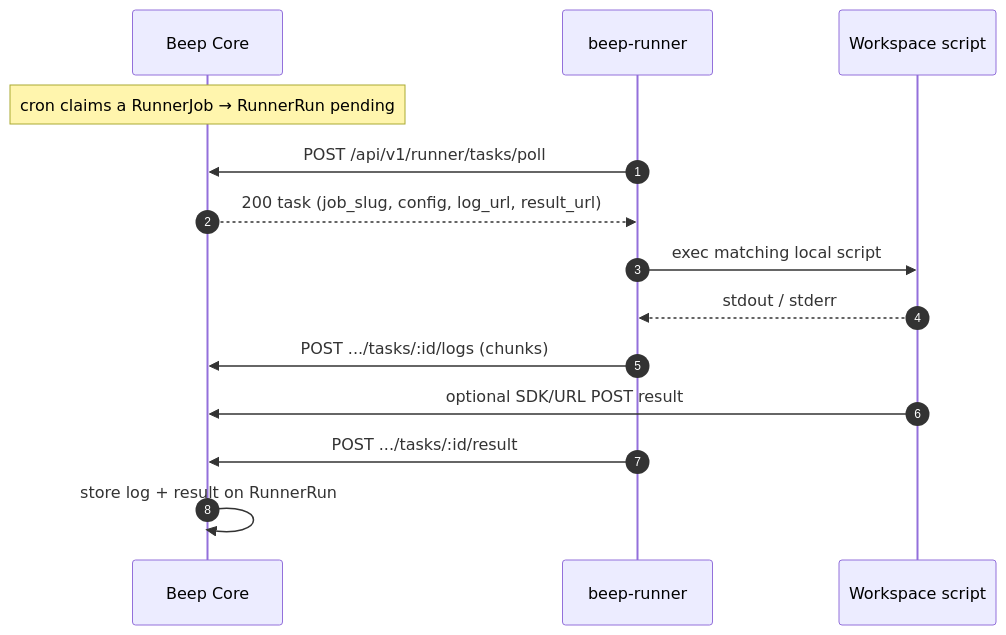
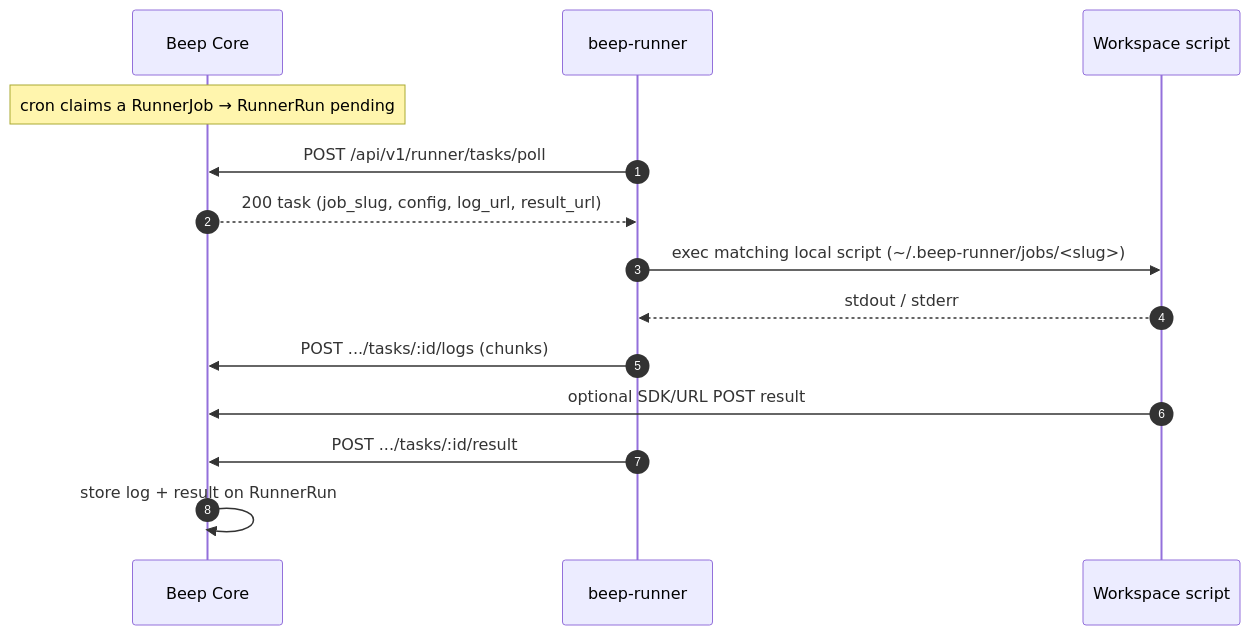
Before and after one commit to yuler/beep: the diagram in docs/architecture/runner.md, drawn with Mermaid. The commit also changed other lines of this file and 30 other files, not shown here.

````diff
--- a/docs/architecture/runner.md
+++ b/docs/architecture/runner.md
@@ -7,17 +7,17 @@
 ```mermaid
 sequenceDiagram
   autonumber
   participant Core as Beep Core
   participant Runner as beep-runner
   participant Script as Workspace script
 
   Note over Core: cron claims a RunnerJob → RunnerRun pending
   Runner->>Core: POST /api/v1/runner/tasks/poll
   Core-->>Runner: 200 task (job_slug, config, log_url, result_url)
-  Runner->>Script: exec matching local script
+  Runner->>Script: exec matching local script (~/.beep-runner/jobs/<slug>)
   Script-->>Runner: stdout / stderr
   Runner->>Core: POST .../tasks/:id/logs (chunks)
   Script->>Core: optional SDK/URL POST result
   Runner->>Core: POST .../tasks/:id/result
   Core->>Core: store log + result on RunnerRun
 ```
````
